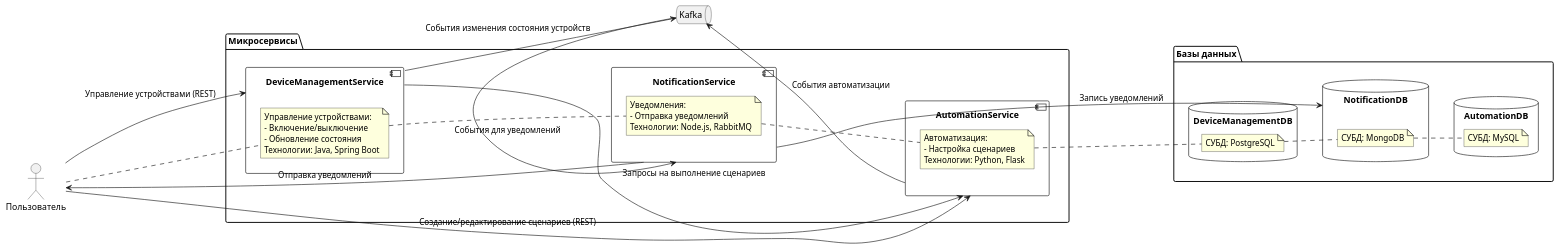
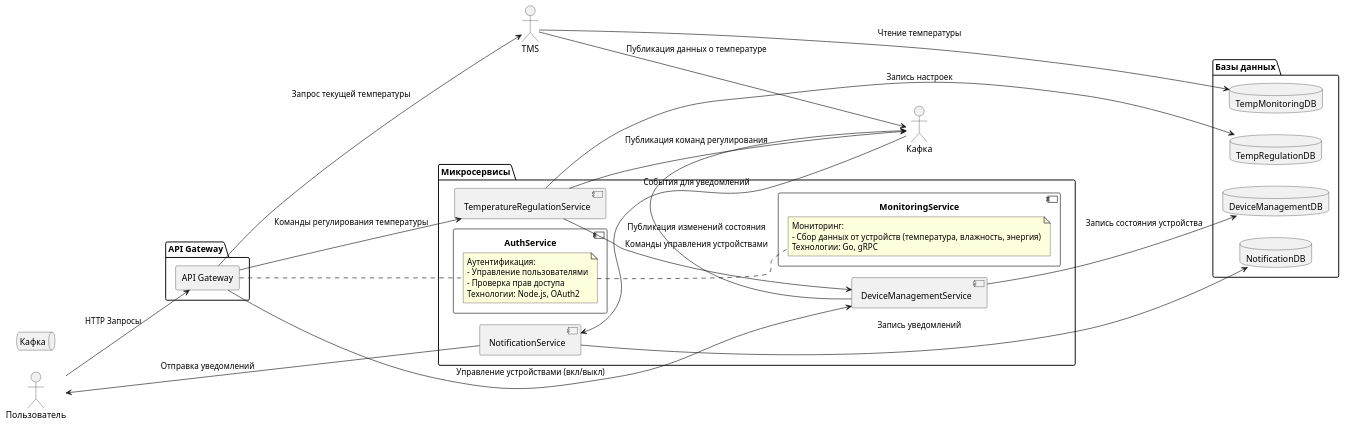
The diagram in first_task/container.puml (No1sonGit/architecture-sprint-3), drawn with PlantUML before and after one commit. The commit also changed other lines of this file and 1 other file, not shown here.

```diff
--- a/first_task/container.puml
+++ b/first_task/container.puml
@@ -1,60 +2,59 @@
 @startuml
 left to right direction
 
 actor User as "Пользователь"
 
+package "API Gateway" {
+  rectangle "API Gateway" as API_Gateway
+}
+
 package "Микросервисы" {
-  component DeviceManagementService as DMS {
+  component AuthService as Auth {
     note right
-      Управление устройствами:
-      - Включение/выключение
-      - Обновление состояния
-      Технологии: Java, Spring Boot
+      Аутентификация:
+      - Управление пользователями
+      - Проверка прав доступа
+      Технологии: Node.js, OAuth2
     end note
   }
-  component NotificationService as NS {
+  component MonitoringService as MS {
     note right
-      Уведомления:
-      - Отправка уведомлений
-      Технологии: Node.js, RabbitMQ
+      Мониторинг:
+      - Сбор данных от устройств (температура, влажность, энергия)
+      Технологии: Go, gRPC
     end note
   }
-  component AutomationService as AS {
-    note right
-      Автоматизация:
-      - Настройка сценариев
-      Технологии: Python, Flask
-    end note
-  }
+  component TemperatureRegulationService as TRS
+  component DeviceManagementService as DMS
+  component NotificationService as NS
 }
 
 package "Базы данных" {
-  database DeviceManagementDB as DMDB {
-    note right
-      СУБД: PostgreSQL
-    end note
-  }
-  database NotificationDB as NDB {
-    note right
-      СУБД: MongoDB
-    end note
-  }
-  database AutomationDB as ADB {
-    note right
-      СУБД: MySQL
-    end note
-  }
+  database TempMonitoringDB as TMDB
+  database TempRegulationDB as TRDB
+  database DeviceManagementDB as DMDB
+  database NotificationDB as NDB
 }
 
-queue Kafka as "Kafka"
+queue Kafka as "Кафка"
 
-User --> AS : "Создание/редактирование сценариев (REST)"
-User --> DMS : "Управление устройствами (REST)"
-DMS --> AS : "Запросы на выполнение сценариев"
-AS --> Kafka : "События автоматизации"
-DMS --> Kafka : "События изменения состояния устройств"
-Kafka --> NS : "События для уведомлений"
+User --> API_Gateway : "HTTP Запросы"
+API_Gateway --> TMS : "Запрос текущей температуры"
+TMS --> TMDB : "Чтение температуры"
+TMS --> "Кафка" : "Публикация данных о температуре"
+
+API_Gateway --> TRS : "Команды регулирования температуры"
+TRS --> TRDB : "Запись настроек"
+TRS --> DMS : "Команды управления устройствами"
+
+API_Gateway --> DMS : "Управление устройствами (вкл/выкл)"
+DMS --> DMDB : "Запись состояния устройства"
+DMS --> "Кафка" : "Публикация изменений состояния"
+
+TRS --> "Кафка" : "Публикация команд регулирования"
+
+"Кафка" --> NS : "События для уведомлений"
 NS --> NDB : "Запись уведомлений"
 NS --> User : "Отправка уведомлений"
 
 @enduml
```
